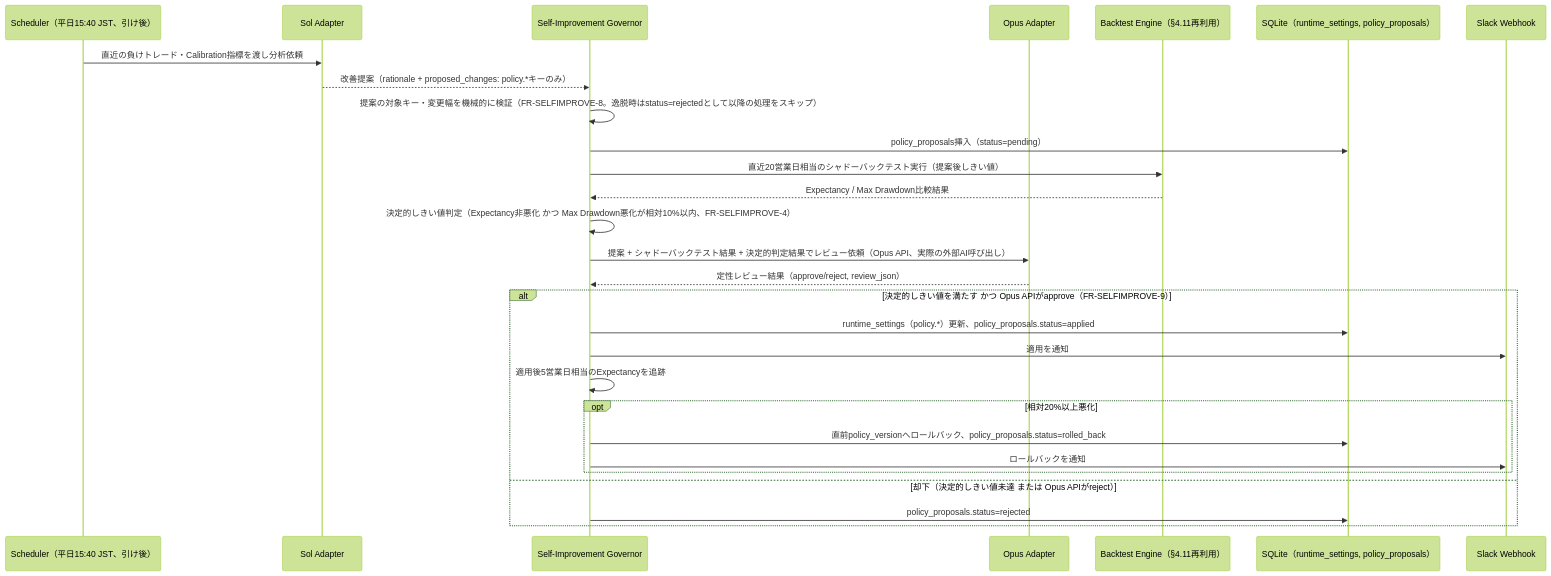
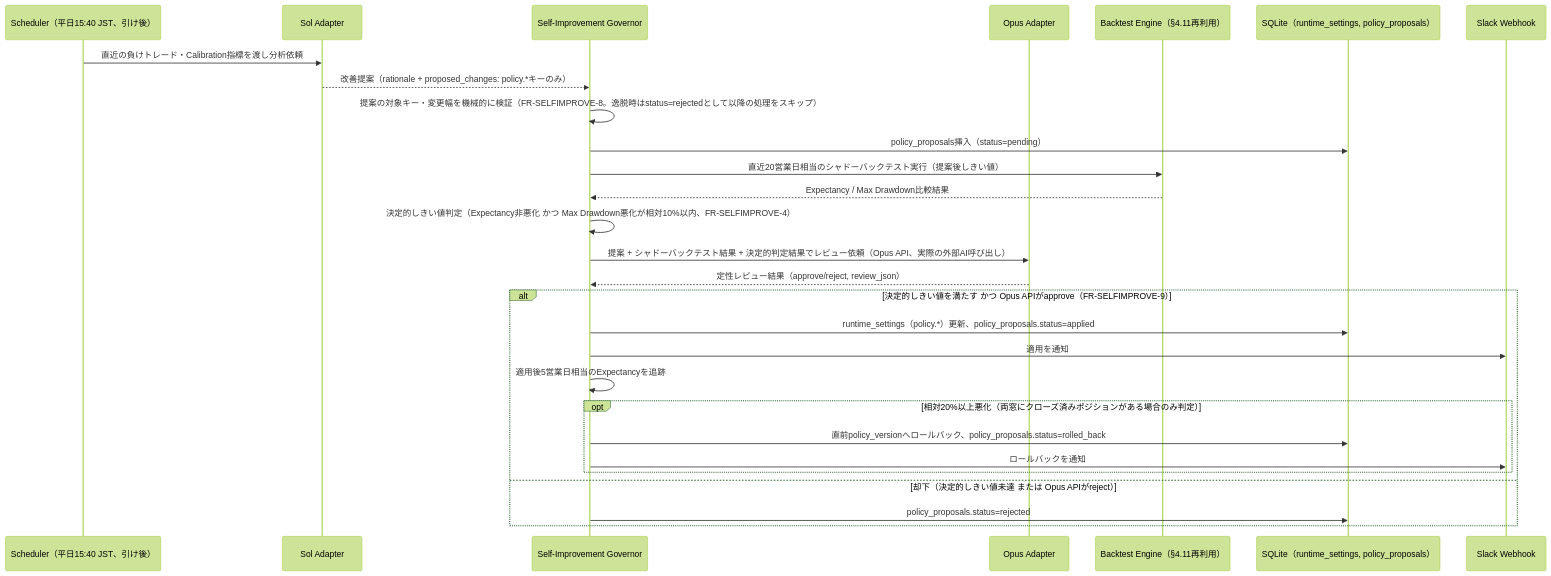
One commit to ousiassllc/pitha-trador changed the second of 4 diagrams in docs/architecture/overview/integrations.md. Above: the diagram before and after it, drawn with Mermaid (forest theme). The commit also changed other lines of this file and 5 other files, not shown here.

````diff
--- a/docs/architecture/overview/integrations.md
+++ b/docs/architecture/overview/integrations.md
@@ -70,31 +70,31 @@
 ```mermaid
 sequenceDiagram
     participant SCHED as Scheduler（平日15:40 JST、引け後）
     participant SOL as Sol Adapter
     participant GOV as Self-Improvement Governor
     participant OPUS as Opus Adapter
     participant BT as Backtest Engine（§4.11再利用）
     participant DB as SQLite（runtime_settings, policy_proposals）
     participant SLACK as Slack Webhook
 
     SCHED->>SOL: 直近の負けトレード・Calibration指標を渡し分析依頼
     SOL-->>GOV: 改善提案（rationale + proposed_changes: policy.*キーのみ）
     GOV->>GOV: 提案の対象キー・変更幅を機械的に検証（FR-SELFIMPROVE-8。逸脱時はstatus=rejectedとして以降の処理をスキップ）
     GOV->>DB: policy_proposals挿入（status=pending）
     GOV->>BT: 直近20営業日相当のシャドーバックテスト実行（提案後しきい値）
     BT-->>GOV: Expectancy / Max Drawdown比較結果
     GOV->>GOV: 決定的しきい値判定（Expectancy非悪化 かつ Max Drawdown悪化が相対10%以内、FR-SELFIMPROVE-4）
     GOV->>OPUS: 提案 + シャドーバックテスト結果 + 決定的判定結果でレビュー依頼（Opus API、実際の外部AI呼び出し）
     OPUS-->>GOV: 定性レビュー結果（approve/reject, review_json）
     alt 決定的しきい値を満たす かつ Opus APIがapprove（FR-SELFIMPROVE-9）
         GOV->>DB: runtime_settings（policy.*）更新、policy_proposals.status=applied
         GOV->>SLACK: 適用を通知
         GOV->>GOV: 適用後5営業日相当のExpectancyを追跡
-        opt 相対20%以上悪化
+        opt 相対20%以上悪化（両窓にクローズ済みポジションがある場合のみ判定）
             GOV->>DB: 直前policy_versionへロールバック、policy_proposals.status=rolled_back
             GOV->>SLACK: ロールバックを通知
         end
     else 却下（決定的しきい値未達 または Opus APIがreject）
         GOV->>DB: policy_proposals.status=rejected
     end
 ```
````
